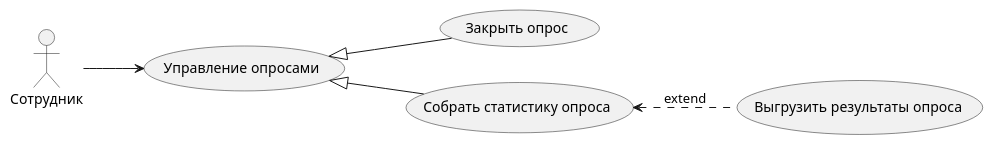
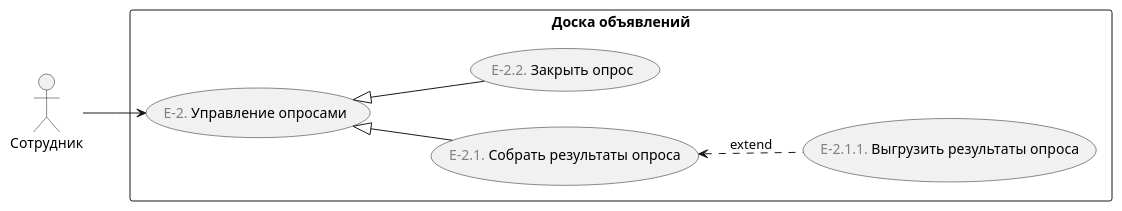
Before and after one commit to astu-app/ASTU-Bulletin-Board-Server: the diagram in doc/Диаграммы/use case/manage surveys.puml, drawn with PlantUML. The commit also changed 10 other files, not shown here.

```diff
--- a/doc/Диаграммы/use case/manage surveys.puml
+++ b/doc/Диаграммы/use case/manage surveys.puml
@@ -1,14 +1,19 @@
 @startuml
 'https://plantuml.com/use-case-diagram
 
 left to right direction
 
 :Сотрудник: as employee
 
-employee --> (Управление опросами)    
-(Управление опросами) <|-- (Закрыть опрос) 
-(Управление опросами) <|-- (Собрать статистику опроса) 
+rectangle "Доска объявлений" {
+    (<font color="gray">E-2.</font> Управление опросами) as manage_surveys
+    (<font color="gray">E-2.1.</font> Собрать результаты опроса) as collect_survey_results
 
-(Собрать статистику опроса) <.. (Выгрузить результаты опроса) : extend
+    employee --> manage_surveys    
+    manage_surveys <|-- (<font color="gray">E-2.2.</font> Закрыть опрос) 
+    manage_surveys <|-- collect_survey_results
+    
+    collect_survey_results <.. (<font color="gray">E-2.1.1.</font> Выгрузить результаты опроса) : extend
+}
 
 @enduml
```
